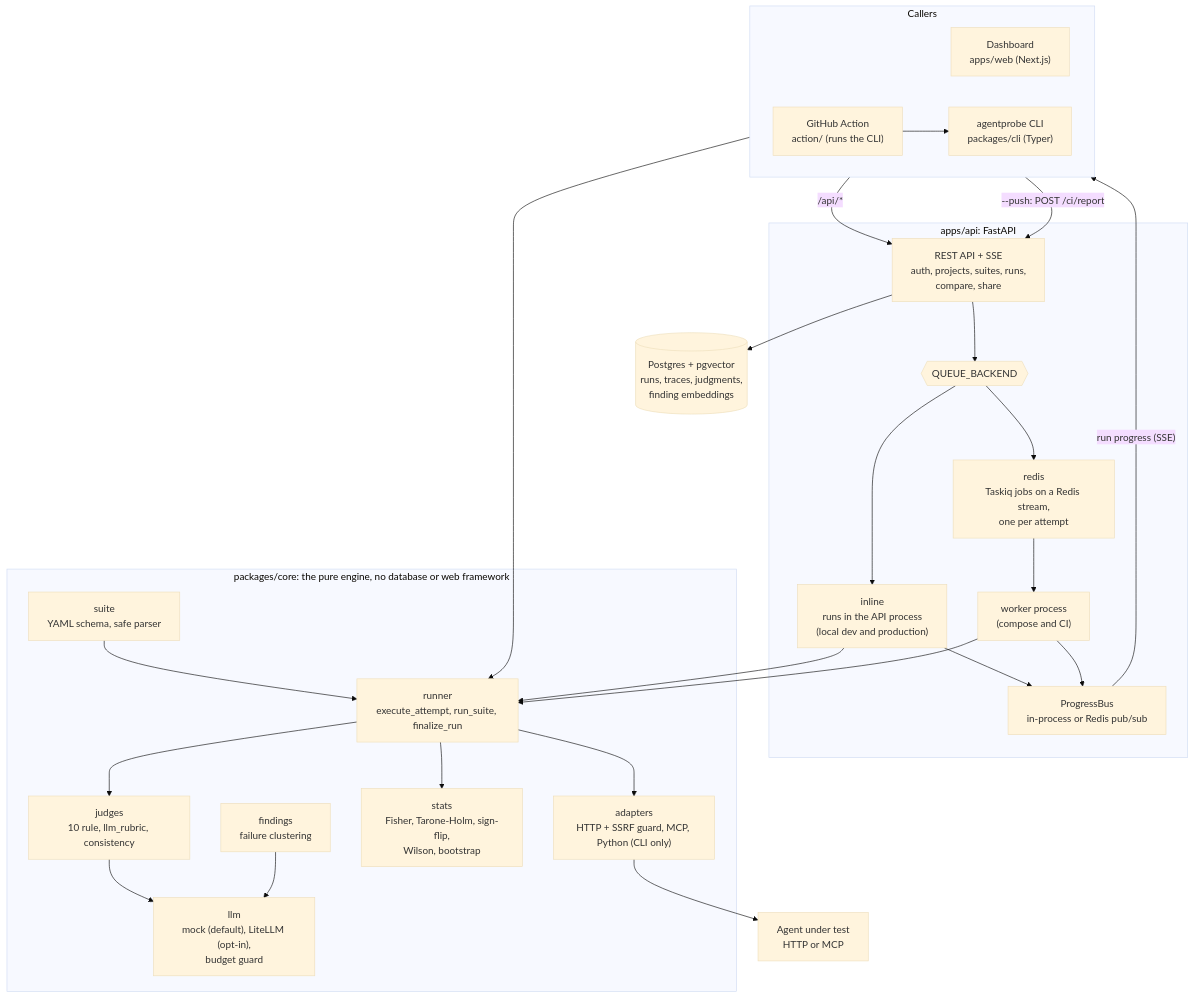
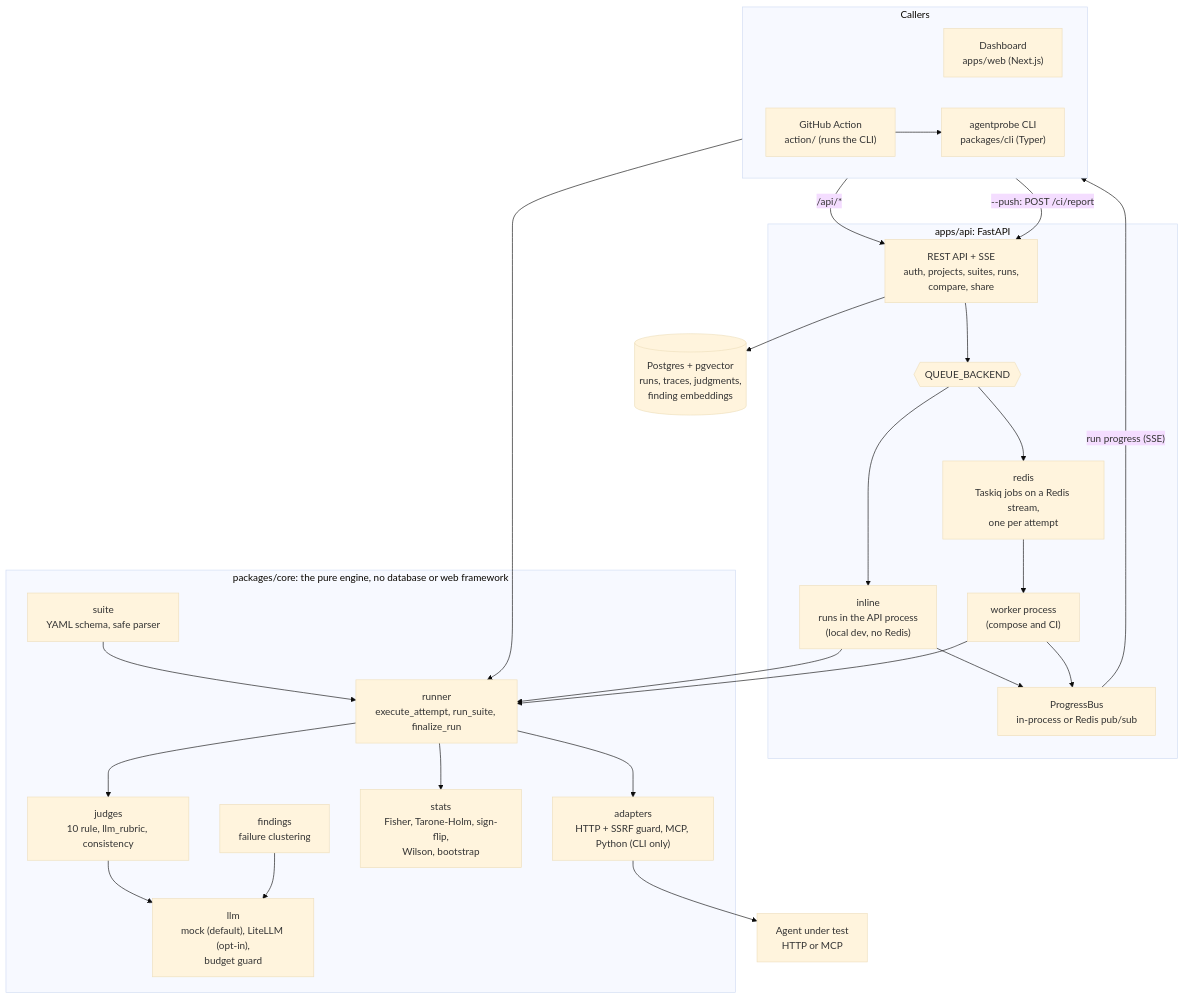
One commit to AlfredBateman/AgentProbe changed the diagram in README.md. Above: the diagram before and after it, drawn with Mermaid (base theme). The commit also changed other lines of this file and 26 other files, not shown here.

````diff
--- a/README.md
+++ b/README.md
@@ -64,52 +262,52 @@
 ```mermaid
 flowchart TB
     subgraph clients["Callers"]
         direction LR
         WEB["Dashboard<br/>apps/web (Next.js)"]
         CLI["agentprobe CLI<br/>packages/cli (Typer)"]
         ACT["GitHub Action<br/>action/ (runs the CLI)"]
     end
 
     ACT --> CLI
 
     subgraph server["apps/api: FastAPI"]
         API["REST API + SSE<br/>auth, projects, suites, runs,<br/>compare, share"]
         QB{{"QUEUE_BACKEND"}}
-        INL["inline<br/>runs in the API process<br/>(local dev and production)"]
+        INL["inline<br/>runs in the API process<br/>(local dev, no Redis)"]
         RQ["redis<br/>Taskiq jobs on a Redis stream,<br/>one per attempt"]
         WRK["worker process<br/>(compose and CI)"]
         BUS["ProgressBus<br/>in-process or Redis pub/sub"]
         API --> QB
         QB --> INL
         QB --> RQ
         RQ --> WRK
         INL --> BUS
         WRK --> BUS
     end
 
     WEB -- "/api/*" --> API
     BUS -- "run progress (SSE)" --> WEB
     CLI -- "--push: POST /ci/report" --> API
     API --> PG[("Postgres + pgvector<br/>runs, traces, judgments,<br/>finding embeddings")]
 
     subgraph core["packages/core: the pure engine, no database or web framework"]
         RUNNER["runner<br/>execute_attempt, run_suite, finalize_run"]
         SUITE["suite<br/>YAML schema, safe parser"]
         ADAPT["adapters<br/>HTTP + SSRF guard, MCP, Python (CLI only)"]
         JUDGE["judges<br/>10 rule, llm_rubric, consistency"]
         STATS["stats<br/>Fisher, Tarone-Holm, sign-flip,<br/>Wilson, bootstrap"]
         FIND["findings<br/>failure clustering"]
         LLM["llm<br/>mock (default), LiteLLM (opt-in),<br/>budget guard"]
         SUITE --> RUNNER
         RUNNER --> ADAPT
         RUNNER --> JUDGE
         RUNNER --> STATS
         JUDGE --> LLM
         FIND --> LLM
     end
 
     CLI --> RUNNER
     INL --> RUNNER
     WRK --> RUNNER
     ADAPT --> AGENT["Agent under test<br/>HTTP or MCP"]
 ```
````
